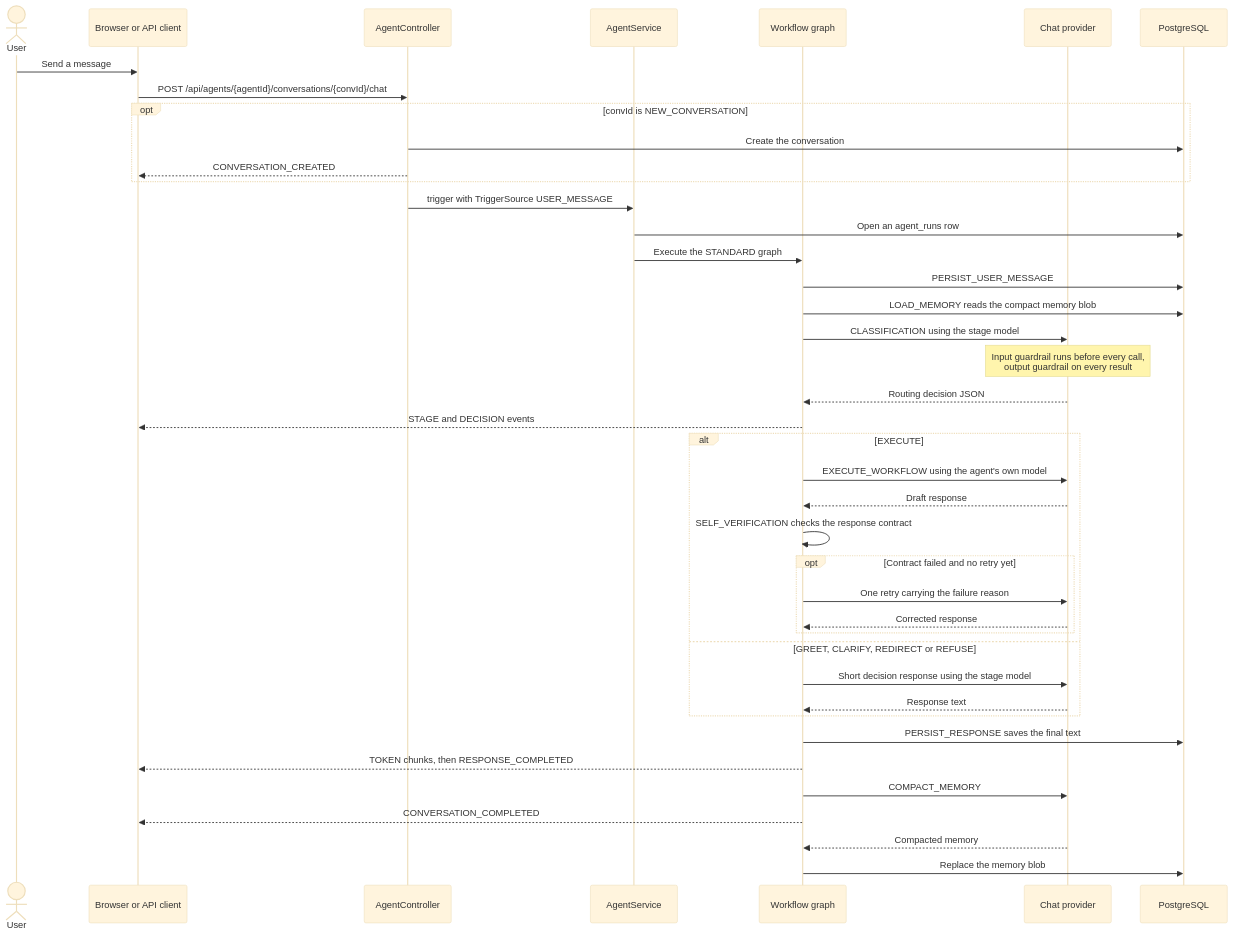
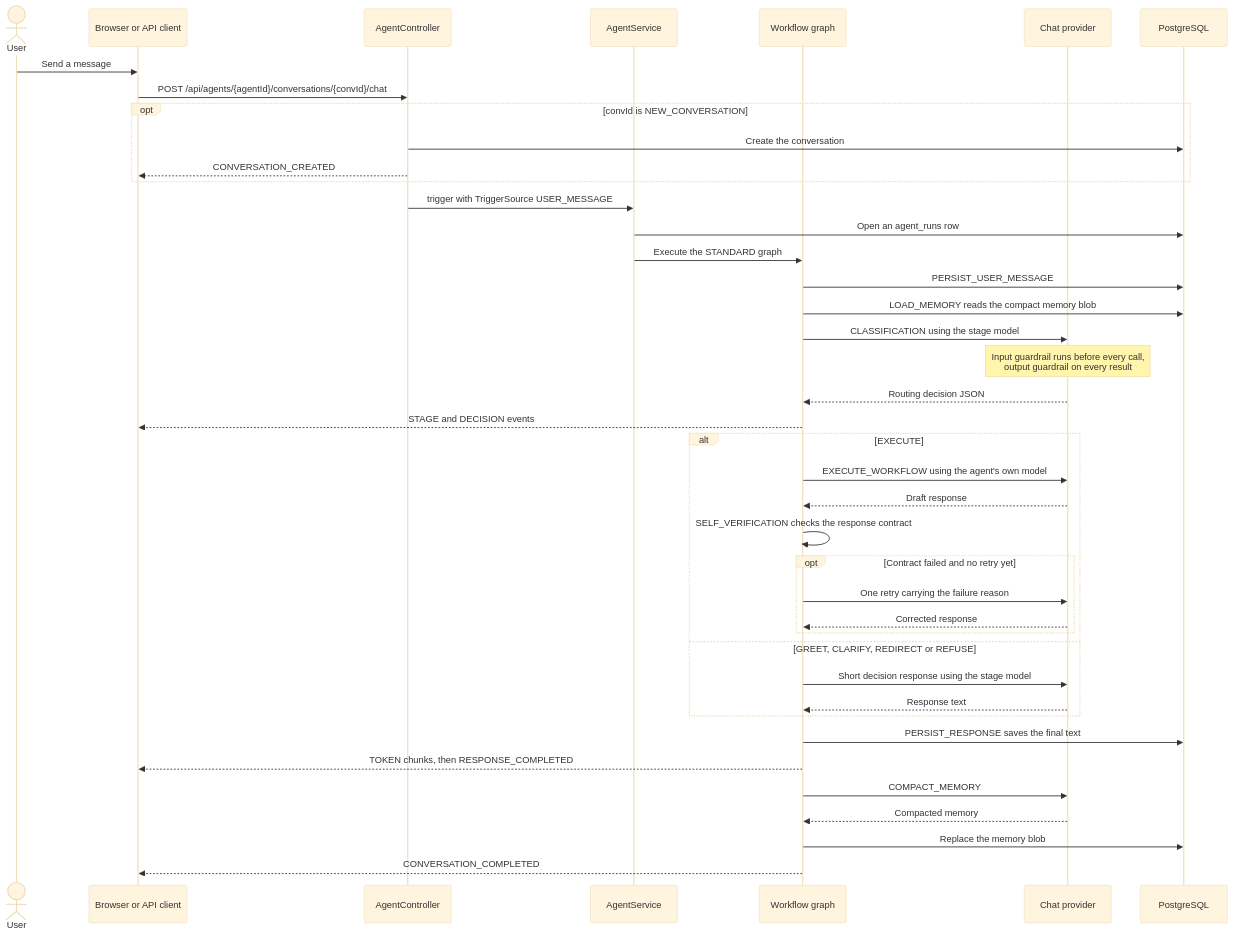
Before and after one commit to melmedany/workflow-ai: the fourth of 6 diagrams in README.md, drawn with Mermaid (base theme). The commit also changed other lines of this file and 50 other files, not shown here.

````diff
--- a/README.md
+++ b/README.md
@@ -286,43 +238,43 @@
 ```mermaid
 sequenceDiagram
     actor User
     participant Client as Browser or API client
     participant API as AgentController
     participant Runtime as AgentService
     participant Graph as Workflow graph
     participant LLM as Chat provider
     participant DB as PostgreSQL
     User ->> Client: Send a message
     Client ->> API: POST /api/agents/{agentId}/conversations/{convId}/chat
     opt convId is NEW_CONVERSATION
         API ->> DB: Create the conversation
         API -->> Client: CONVERSATION_CREATED
     end
     API ->> Runtime: trigger with TriggerSource USER_MESSAGE
     Runtime ->> DB: Open an agent_runs row
     Runtime ->> Graph: Execute the STANDARD graph
     Graph ->> DB: PERSIST_USER_MESSAGE
     Graph ->> DB: LOAD_MEMORY reads the compact memory blob
     Graph ->> LLM: CLASSIFICATION using the stage model
     Note over LLM: Input guardrail runs before every call,<br/>output guardrail on every result
     LLM -->> Graph: Routing decision JSON
     Graph -->> Client: STAGE and DECISION events
     alt EXECUTE
         Graph ->> LLM: EXECUTE_WORKFLOW using the agent's own model
         LLM -->> Graph: Draft response
         Graph ->> Graph: SELF_VERIFICATION checks the response contract
         opt Contract failed and no retry yet
             Graph ->> LLM: One retry carrying the failure reason
             LLM -->> Graph: Corrected response
         end
     else GREET, CLARIFY, REDIRECT or REFUSE
         Graph ->> LLM: Short decision response using the stage model
         LLM -->> Graph: Response text
     end
     Graph ->> DB: PERSIST_RESPONSE saves the final text
     Graph -->> Client: TOKEN chunks, then RESPONSE_COMPLETED
     Graph ->> LLM: COMPACT_MEMORY
-    Graph -->> Client: CONVERSATION_COMPLETED
     LLM -->> Graph: Compacted memory
     Graph ->> DB: Replace the memory blob
+    Graph -->> Client: CONVERSATION_COMPLETED
 ```
````
